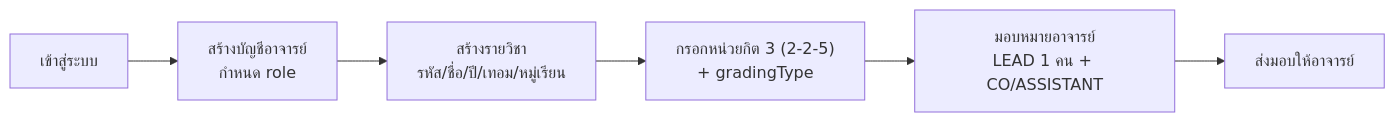
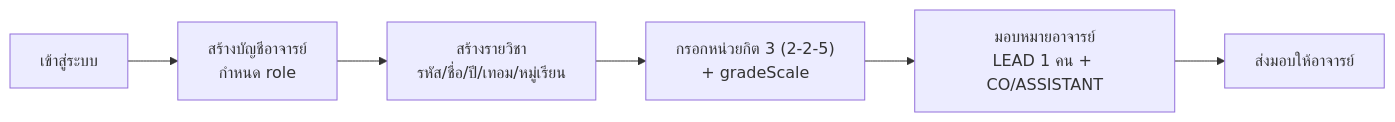
One commit to SIET-KMITL-INCEPTIO/CMAS-CLO changed the second of 6 diagrams in docs/markdown/dev/user-flow.md. Above: the diagram before and after it, drawn with Mermaid. The commit also changed other lines of this file and 166 other files, not shown here.

````diff
--- a/docs/markdown/dev/user-flow.md
+++ b/docs/markdown/dev/user-flow.md
@@ -129,8 +129,8 @@
 ```mermaid
 flowchart LR
     A1["เข้าสู่ระบบ"] --> A2["สร้างบัญชีอาจารย์<br/>กำหนด role"]
     A2 --> A3["สร้างรายวิชา<br/>รหัส/ชื่อ/ปี/เทอม/หมู่เรียน"]
-    A3 --> A4["กรอกหน่วยกิต 3 (2-2-5)<br/>+ gradingType"]
+    A3 --> A4["กรอกหน่วยกิต 3 (2-2-5)<br/>+ gradeScale"]
     A4 --> A5["มอบหมายอาจารย์<br/>LEAD 1 คน + CO/ASSISTANT"]
     A5 --> A6["ส่งมอบให้อาจารย์"]
 ```
````
